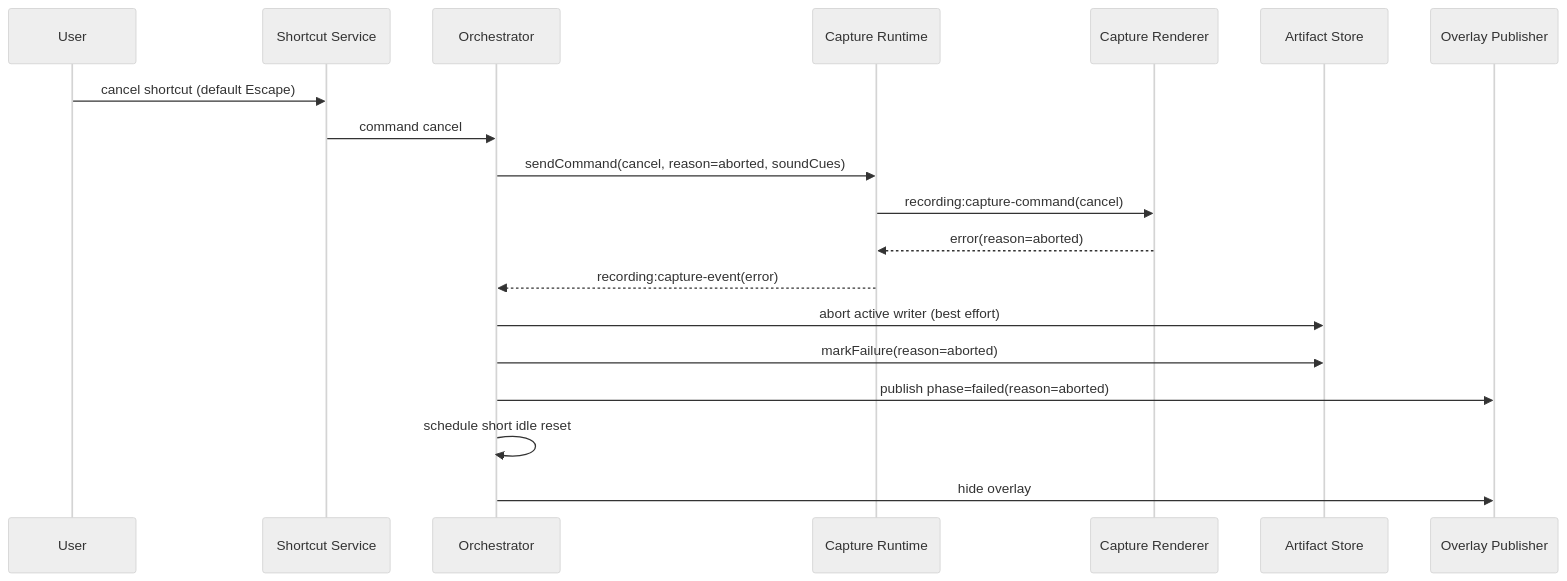
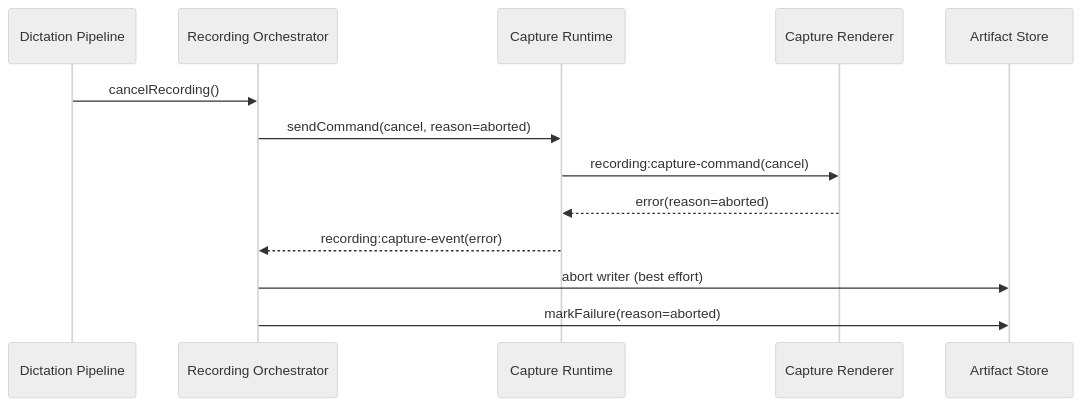
The second of 2 diagrams in docs/recording/flows.md (MateuszRomek/openvocaly), drawn with Mermaid (neutral theme) before and after one commit. The commit also changed other lines of this file and 107 other files, not shown here.

````diff
--- a/docs/recording/flows.md
+++ b/docs/recording/flows.md
@@ -50,22 +34,16 @@
 ```mermaid
 sequenceDiagram
-  participant U as User
-  participant S as Shortcut Service
-  participant O as Orchestrator
+  participant DP as Dictation Pipeline
+  participant R as Recording Orchestrator
   participant C as Capture Runtime
-  participant R as Capture Renderer
+  participant CR as Capture Renderer
   participant A as Artifact Store
-  participant P as Overlay Publisher
 
-  U->>S: cancel shortcut (default Escape)
-  S->>O: command cancel
-  O->>C: sendCommand(cancel, reason=aborted, soundCues)
-  C->>R: recording:capture-command(cancel)
-  R-->>C: error(reason=aborted)
-  C-->>O: recording:capture-event(error)
-  O->>A: abort active writer (best effort)
-  O->>A: markFailure(reason=aborted)
-  O->>P: publish phase=failed(reason=aborted)
-  O->>O: schedule short idle reset
-  O->>P: hide overlay
+  DP->>R: cancelRecording()
+  R->>C: sendCommand(cancel, reason=aborted)
+  C->>CR: recording:capture-command(cancel)
+  CR-->>C: error(reason=aborted)
+  C-->>R: recording:capture-event(error)
+  R->>A: abort writer (best effort)
+  R->>A: markFailure(reason=aborted)
 ```
````
